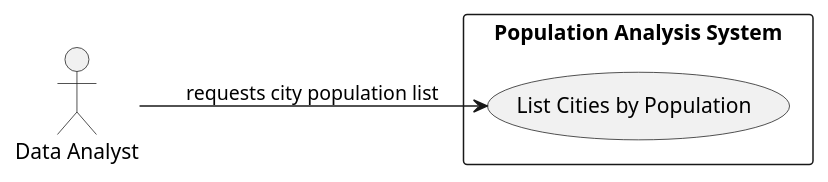
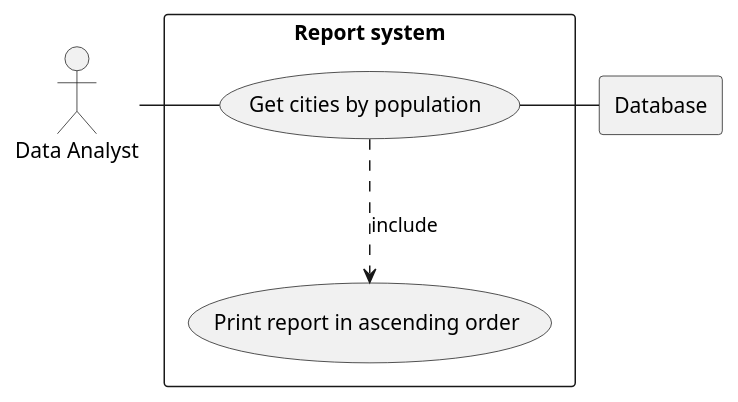
The diagram in usecase/city_population_list.puml (group9-devops/devops), drawn with PlantUML before and after one commit.

Commit message:
updating use case

```diff
--- a/usecase/city_population_list.puml
+++ b/usecase/city_population_list.puml
@@ -1,12 +1,17 @@
 @startuml
-left to right direction
 
-actor "Data Analyst" as Analyst
+actor analyst as "Data Analyst"
 
-rectangle "Population Analysis System" {
-  usecase "List Cities by Population" as UC1
+rectangle Database
+
+rectangle "Report system" {
+    usecase UC4 as "Get cities by population"
+
+    usecase UCa as "Print report in ascending order"
+
+    analyst - UC4
+    UC4 ..> UCa : include
+    UC4 - Database
 }
 
-Analyst --> UC1 : requests city population list
-
 @enduml
```
